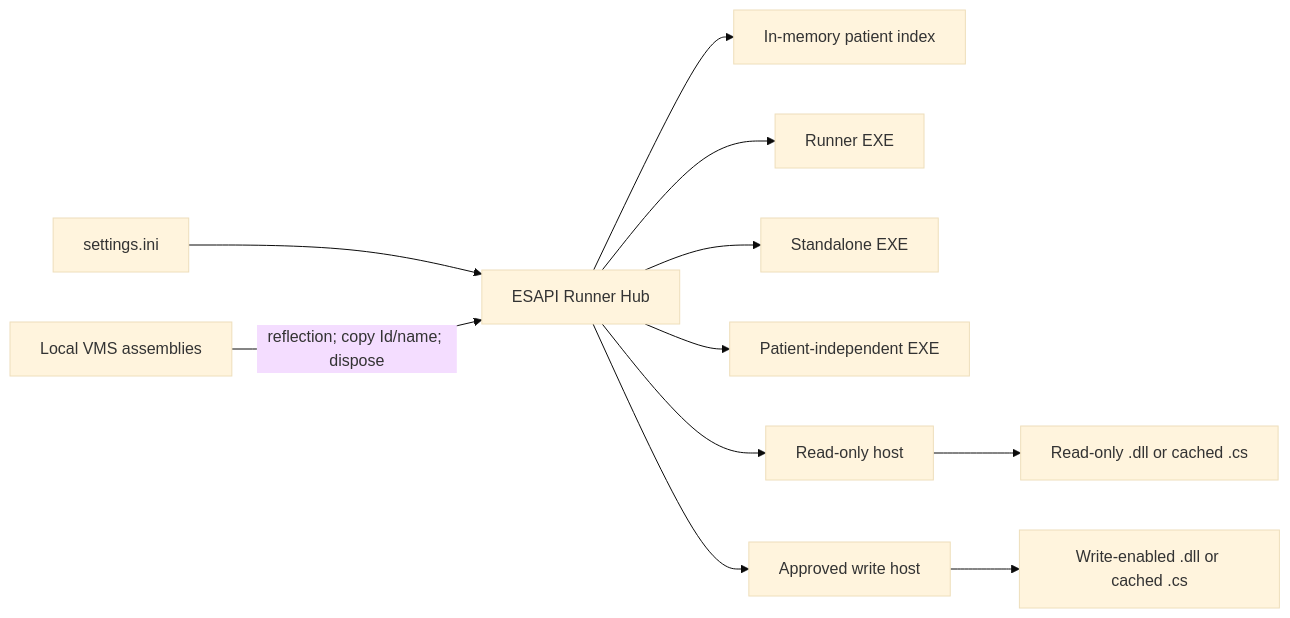
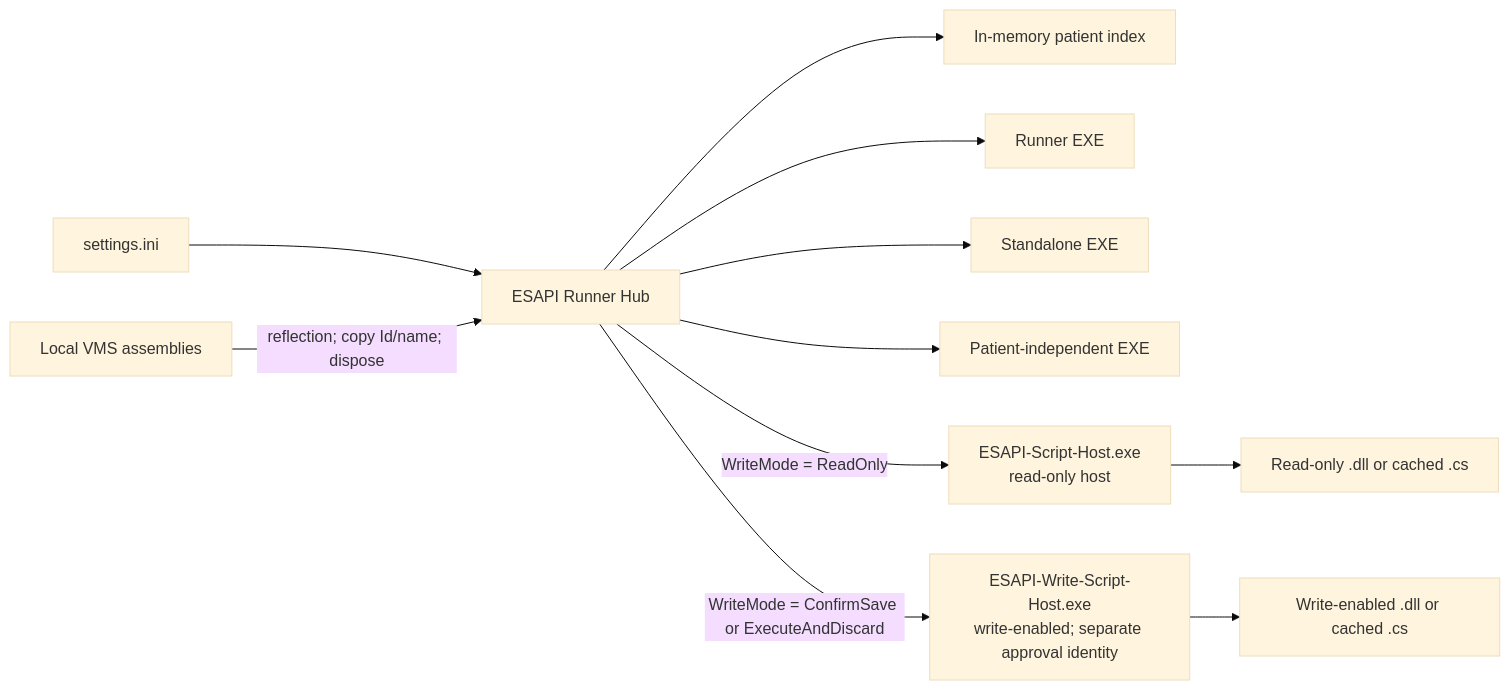
One commit to Kiragroh/ESAPI-Runner-Hub changed the diagram in README.md. Above: the diagram before and after it, drawn with Mermaid (base theme).

Commit message:
docs: name dual script hosts in architecture

````diff
--- a/README.md
+++ b/README.md
@@ -23,13 +23,13 @@
 ```mermaid
 flowchart LR
     INI["settings.ini"] --> HUB["ESAPI Runner Hub"]
     API["Local VMS assemblies"] -->|"reflection; copy Id/name; dispose"| HUB
     HUB --> CACHE["In-memory patient index"]
     HUB --> A["Runner EXE"]
     HUB --> B["Standalone EXE"]
     HUB --> C["Patient-independent EXE"]
-    HUB --> ROHOST["Read-only host"]
-    HUB --> WHOST["Approved write host"]
+    HUB -->|"WriteMode = ReadOnly"| ROHOST["ESAPI-Script-Host.exe<br/>read-only host"]
+    HUB -->|"WriteMode = ConfirmSave or ExecuteAndDiscard"| WHOST["ESAPI-Write-Script-Host.exe<br/>write-enabled; separate approval identity"]
     ROHOST --> READ["Read-only .dll or cached .cs"]
     WHOST --> WRITE["Write-enabled .dll or cached .cs"]
 ```
````
